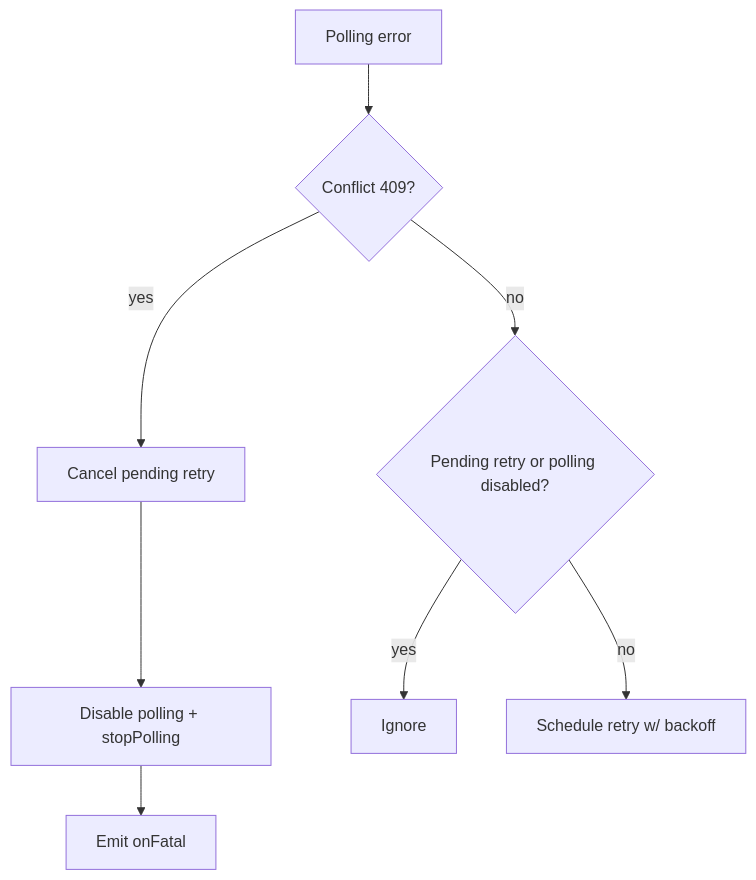
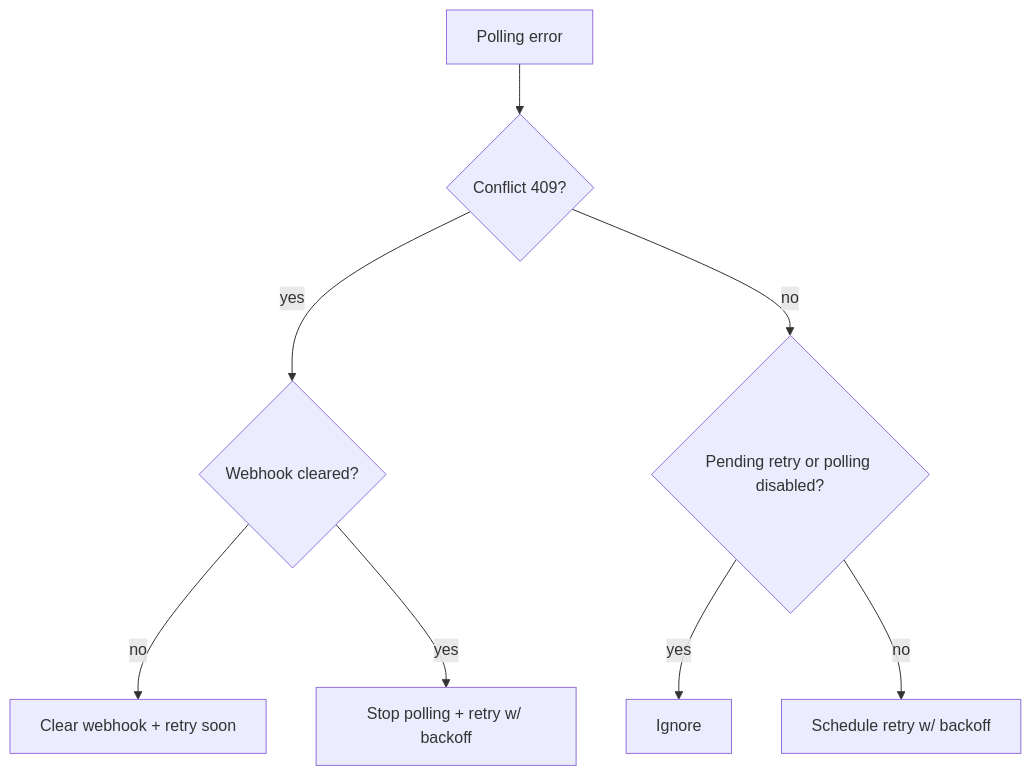
Before and after one commit to ex3ndr-bot/daycare: the diagram in docs/telegram-polling-retry.md, drawn with Mermaid. The commit also changed other lines of this file and 2 other files, not shown here.

Commit message:
fix(telegram): keep polling retries on conflict

````diff
--- a/docs/telegram-polling-retry.md
+++ b/docs/telegram-polling-retry.md
@@ -5,10 +5,10 @@
 ```mermaid
 flowchart TD
   A[Polling error] --> B{Conflict 409?}
-  B -- yes --> C[Cancel pending retry]
-  C --> D[Disable polling + stopPolling]
-  D --> E[Emit onFatal]
+  B -- yes --> C{Webhook cleared?}
+  C -- no --> D[Clear webhook + retry soon]
+  C -- yes --> E[Stop polling + retry w/ backoff]
   B -- no --> F{Pending retry or polling disabled?}
   F -- yes --> G[Ignore]
   F -- no --> H[Schedule retry w/ backoff]
 ```
````
